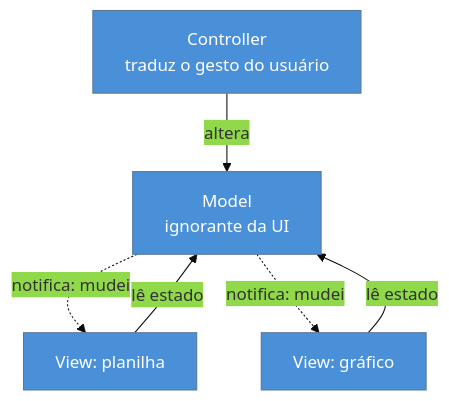
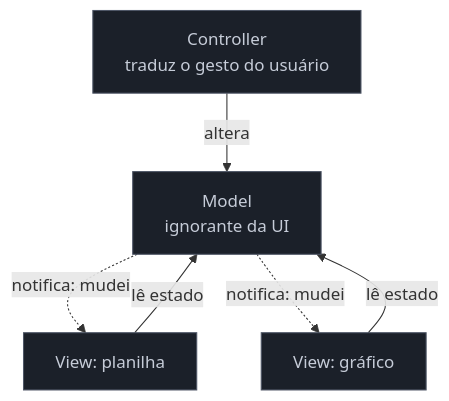
One commit to josenaldo/codex-technomanticus changed the diagram in 03-Dominios/Engenharia/Design de Software/Padrões de Projeto/Aplicação Corporativa/02 - MVC — o padrão mais mal-entendido.md. Above: the diagram before and after it, drawn with Mermaid. The commit also changed 1181 other files, not shown here.

First line of the commit message:
fix(diagramas): paleta do sistema no lugar de cor cravada no markdown

````diff
--- a/03-Dominios/Engenharia/Design de Software/Padrões de Projeto/Aplicação Corporativa/02 - MVC — o padrão mais mal-entendido.md
+++ b/03-Dominios/Engenharia/Design de Software/Padrões de Projeto/Aplicação Corporativa/02 - MVC — o padrão mais mal-entendido.md
@@ -46,14 +46,14 @@
 ```mermaid
-%%{init: {"theme": "base", "themeVariables": {"primaryColor": "#4A90D9"}}}%%
 graph TD
+    classDef neutro fill:#1B2029,stroke:#4E5666,color:#C6CCD8
     C["Controller<br/>traduz o gesto do usuário"] -->|"altera"| M["Model<br/>ignorante da UI"]
     M -.->|"notifica: mudei"| V1["View: planilha"]
     M -.->|"notifica: mudei"| V2["View: gráfico"]
     V1 -->|"lê estado"| M
     V2 -->|"lê estado"| M
 
-    style M fill:#4A90D9,color:#fff
-    style C fill:#4A90D9,color:#fff
-    style V1 fill:#4A90D9,color:#fff
-    style V2 fill:#4A90D9,color:#fff
+    class M neutro
+    class C neutro
+    class V1 neutro
+    class V2 neutro
 ```
````
